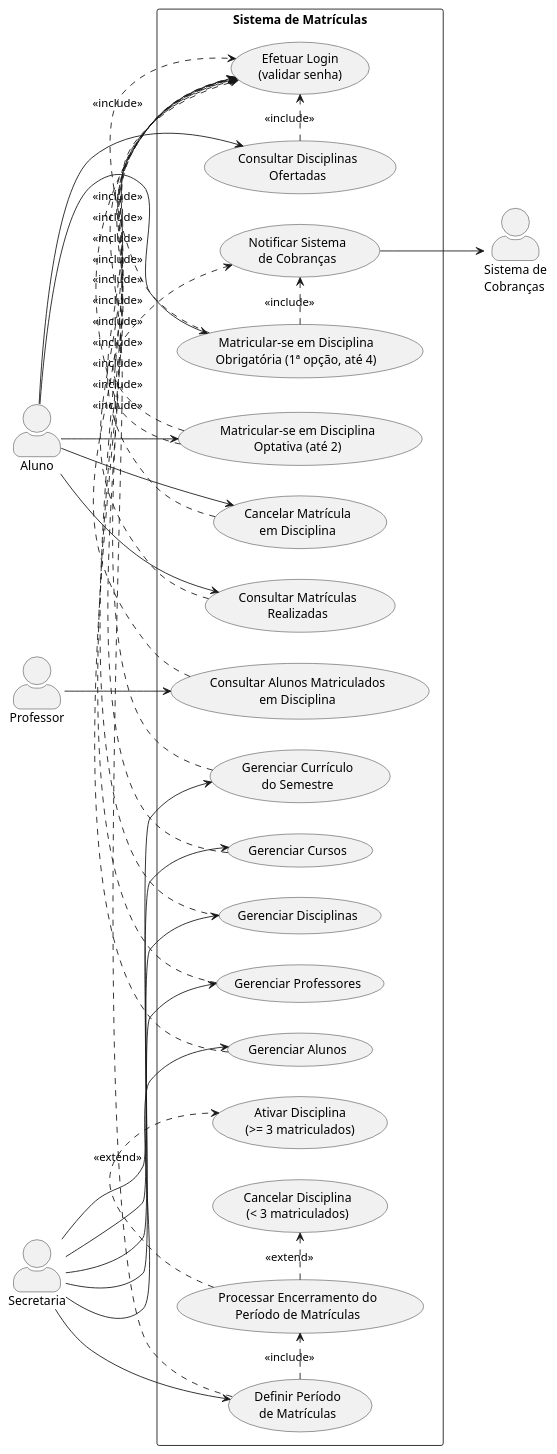
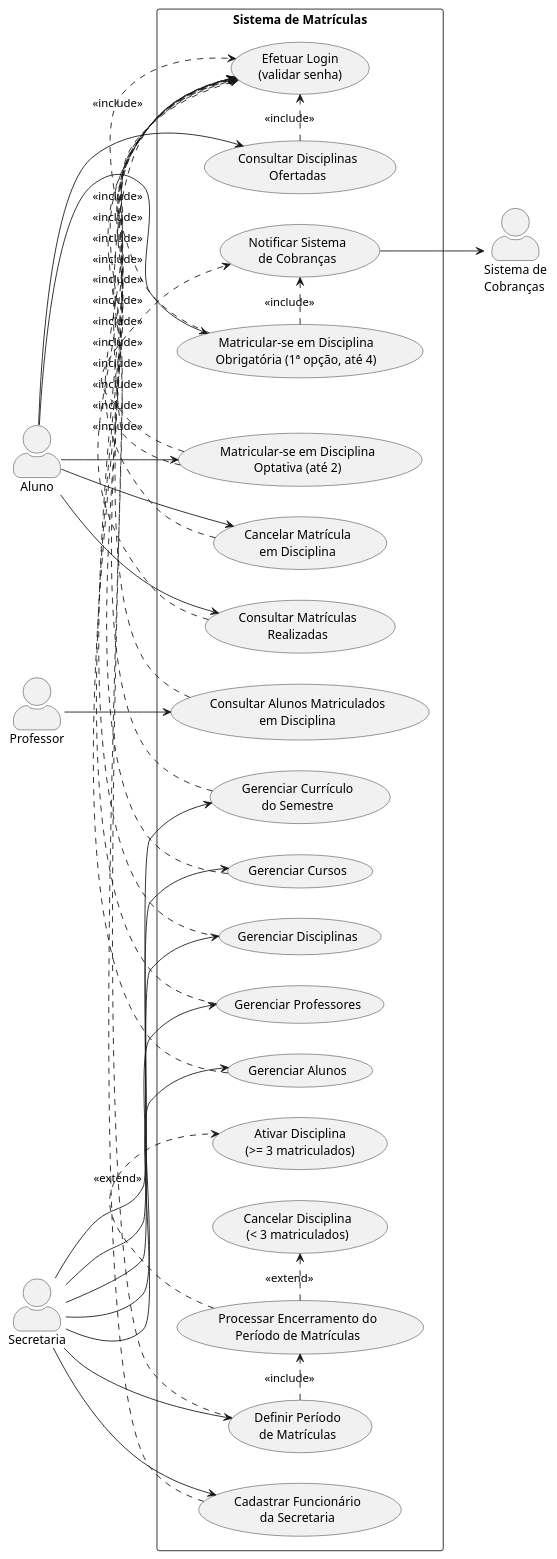
One commit to natadias/sistema-matriculas changed the diagram in docs/caso-de-uso.puml. Above: the diagram before and after it, drawn with PlantUML. The commit also changed 23 other files, not shown here.

```diff
--- a/docs/caso-de-uso.puml
+++ b/docs/caso-de-uso.puml
@@ -1,78 +1,82 @@
 @startuml Sistema_de_Matriculas_Caso_de_Uso
 left to right direction
 skinparam packageStyle rectangle
 skinparam actorStyle awesome
 
 actor Aluno
 actor Professor
 actor Secretaria
 actor "Sistema de\nCobranças" as Cobrancas
 
 rectangle "Sistema de Matrículas" {
 
   usecase "Efetuar Login\n(validar senha)" as UC01
 
   usecase "Consultar Disciplinas\nOfertadas" as UC02
   usecase "Matricular-se em Disciplina\nObrigatória (1ª opção, até 4)" as UC03
   usecase "Matricular-se em Disciplina\nOptativa (até 2)" as UC04
   usecase "Cancelar Matrícula\nem Disciplina" as UC05
   usecase "Consultar Matrículas\nRealizadas" as UC06
 
   usecase "Consultar Alunos Matriculados\nem Disciplina" as UC07
 
   usecase "Gerenciar Currículo\ndo Semestre" as UC08
   usecase "Gerenciar Cursos" as UC09
   usecase "Gerenciar Disciplinas" as UC10
   usecase "Gerenciar Professores" as UC11
   usecase "Gerenciar Alunos" as UC12
   usecase "Definir Período\nde Matrículas" as UC13
   usecase "Processar Encerramento do\nPeríodo de Matrículas" as UC14
 
   usecase "Notificar Sistema\nde Cobranças" as UC15
   usecase "Ativar Disciplina\n(>= 3 matriculados)" as UC16
   usecase "Cancelar Disciplina\n(< 3 matriculados)" as UC17
+
+  usecase "Cadastrar Funcionário\nda Secretaria" as UC18
 }
 
 ' --- Aluno ---
 Aluno --> UC02
 Aluno --> UC03
 Aluno --> UC04
 Aluno --> UC05
 Aluno --> UC06
 
 ' --- Professor ---
 Professor --> UC07
 
 ' --- Secretaria ---
 Secretaria --> UC08
 Secretaria --> UC09
 Secretaria --> UC10
 Secretaria --> UC11
 Secretaria --> UC12
 Secretaria --> UC13
+Secretaria --> UC18
 
 ' --- Login obrigatório para todo caso de uso iniciado por um ator primário ---
 UC02 .> UC01 : <<include>>
 UC03 .> UC01 : <<include>>
 UC04 .> UC01 : <<include>>
 UC05 .> UC01 : <<include>>
 UC06 .> UC01 : <<include>>
 UC07 .> UC01 : <<include>>
 UC08 .> UC01 : <<include>>
 UC09 .> UC01 : <<include>>
 UC10 .> UC01 : <<include>>
 UC11 .> UC01 : <<include>>
 UC12 .> UC01 : <<include>>
 UC13 .> UC01 : <<include>>
+UC18 .> UC01 : <<include>>
 
 ' --- Regras de negócio da matrícula ---
 UC03 .> UC15 : <<include>>
 UC04 .> UC15 : <<include>>
 UC15 --> Cobrancas
 
 ' --- Encerramento automático do período (disparado pelo fechamento do período pela Secretaria) ---
 UC13 .> UC14 : <<include>>
 UC14 .> UC16 : <<extend>>
 UC14 .> UC17 : <<extend>>
 
 @enduml
```
